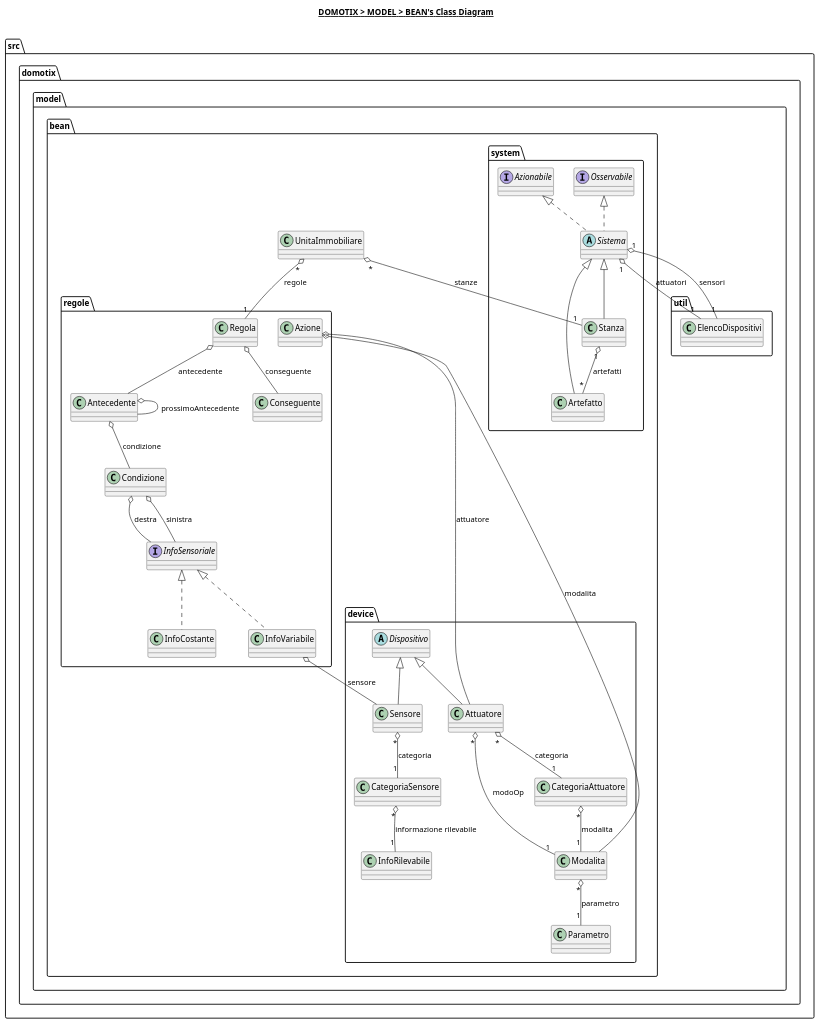
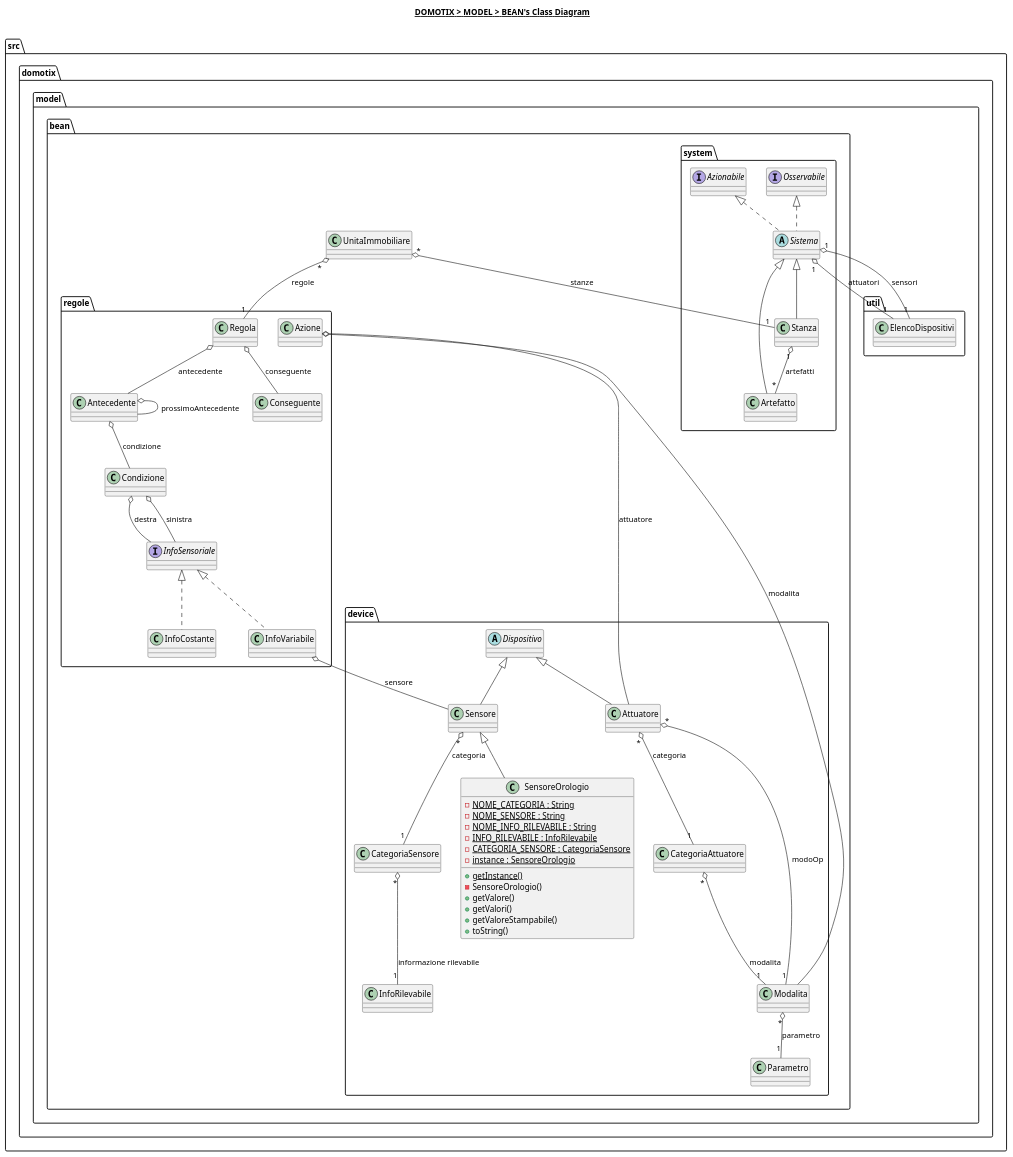
Before and after one commit to Edoar-do/Domotix: the diagram in src/domotix/model/bean/bean.plantuml, drawn with PlantUML. The commit also changed 1 other file, not shown here.

Commit message:
Aggiunge SensoreOrologio

```diff
--- a/src/domotix/model/bean/bean.plantuml
+++ b/src/domotix/model/bean/bean.plantuml
@@ -1,115 +1,131 @@
 @startuml
 
 title __DOMOTIX > MODEL > BEAN's Class Diagram__\n
 
 namespace src.domotix.model {
     namespace util {
     }
 
     namespace bean {
         class src.domotix.model.bean.UnitaImmobiliare {
         }
 
         namespace device {
             class src.domotix.model.bean.device.Attuatore {
             }
 
             class src.domotix.model.bean.device.CategoriaAttuatore {
             }
 
             class src.domotix.model.bean.device.CategoriaSensore {
             }
 
             abstract class src.domotix.model.bean.device.Dispositivo {
             }
 
             class src.domotix.model.bean.device.Modalita {
             }
 
             class src.domotix.model.bean.device.Parametro {
             }
 
             class src.domotix.model.bean.device.Sensore {
             }
 
             class src.domotix.model.bean.device.InfoRilevabile {
+            }
+
+            class src.domotix.model.bean.device.SensoreOrologio {
+                {static} - NOME_CATEGORIA : String
+                {static} - NOME_SENSORE : String
+                {static} - NOME_INFO_RILEVABILE : String
+                {static} - INFO_RILEVABILE : InfoRilevabile
+                {static} - CATEGORIA_SENSORE : CategoriaSensore
+                {static} - instance : SensoreOrologio
+                {static} + getInstance()
+                - SensoreOrologio()
+                + getValore()
+                + getValori()
+                + getValoreStampabile()
+                + toString()
             }
         }
 
         namespace system {
             class src.domotix.model.bean.system.Artefatto {
               }
 
               interface src.domotix.model.bean.system.Azionabile {
               }
 
               interface src.domotix.model.bean.system.Osservabile {
               }
 
               abstract class src.domotix.model.bean.system.Sistema {
               }
 
               class src.domotix.model.bean.system.Stanza {
               }
         }
 
         namespace regole {
             class src.domotix.model.bean.regole.Regola {
             }
 
             class src.domotix.model.bean.regole.Antecedente {
             }
 
             class src.domotix.model.bean.regole.Condizione {
             }
 
             interface src.domotix.model.bean.regole.InfoSensoriale {
             }
 
             class src.domotix.model.bean.regole.InfoCostante {
             }
 
             class src.domotix.model.bean.regole.InfoVariabile {
             }
 
             class src.domotix.model.bean.regole.Conseguente {
             }
 
             class src.domotix.model.bean.regole.Azione {
             }
         }
     }
 }
 
 src.domotix.model.bean.device.Attuatore -up-|> src.domotix.model.bean.device.Dispositivo
 src.domotix.model.bean.device.Attuatore "*" o-- "1" src.domotix.model.bean.device.CategoriaAttuatore : categoria
 src.domotix.model.bean.device.Attuatore "*" o-- "1" src.domotix.model.bean.device.Modalita : modoOp
 src.domotix.model.bean.device.CategoriaAttuatore "*" o-- "1" src.domotix.model.bean.device.Modalita : modalita
 src.domotix.model.bean.device.Modalita "*" o-- "1" src.domotix.model.bean.device.Parametro : parametro
 src.domotix.model.bean.device.Sensore -up-|> src.domotix.model.bean.device.Dispositivo
 src.domotix.model.bean.device.Sensore "*" o-- "1" src.domotix.model.bean.device.CategoriaSensore : categoria
 src.domotix.model.bean.device.CategoriaSensore "*" o-- "1" src.domotix.model.bean.device.InfoRilevabile : informazione rilevabile
+src.domotix.model.bean.device.SensoreOrologio -up-|> src.domotix.model.bean.device.Sensore
 
 src.domotix.model.bean.system.Artefatto -up-|> src.domotix.model.bean.system.Sistema
 src.domotix.model.bean.system.Sistema .up.|> src.domotix.model.bean.system.Azionabile
 src.domotix.model.bean.system.Sistema .up.|> src.domotix.model.bean.system.Osservabile
 src.domotix.model.bean.system.Sistema "1" o-- "1" src.domotix.model.util.ElencoDispositivi : attuatori
 src.domotix.model.bean.system.Sistema "1" o-- "1" src.domotix.model.util.ElencoDispositivi : sensori
 src.domotix.model.bean.system.Stanza -up-|> src.domotix.model.bean.system.Sistema
 src.domotix.model.bean.system.Stanza "1" o-- "*" src.domotix.model.bean.system.Artefatto : artefatti
 src.domotix.model.bean.UnitaImmobiliare "*" o-- "1" src.domotix.model.bean.system.Stanza : stanze
 src.domotix.model.bean.UnitaImmobiliare "*" o-- "1" src.domotix.model.bean.regole.Regola : regole
 
 src.domotix.model.bean.regole.Antecedente o-- src.domotix.model.bean.regole.Condizione : condizione
 src.domotix.model.bean.regole.Antecedente o-- src.domotix.model.bean.regole.Antecedente : prossimoAntecedente
 src.domotix.model.bean.regole.Azione o-- src.domotix.model.bean.device.Attuatore : attuatore
 src.domotix.model.bean.regole.Azione o-- src.domotix.model.bean.device.Modalita : modalita
 src.domotix.model.bean.regole.Condizione o-- src.domotix.model.bean.regole.InfoSensoriale : destra
 src.domotix.model.bean.regole.Condizione o-- src.domotix.model.bean.regole.InfoSensoriale : sinistra
 src.domotix.model.bean.regole.InfoCostante .up.|> src.domotix.model.bean.regole.InfoSensoriale
 src.domotix.model.bean.regole.InfoVariabile .up.|> src.domotix.model.bean.regole.InfoSensoriale
 src.domotix.model.bean.regole.InfoVariabile o-- src.domotix.model.bean.device.Sensore : sensore
 src.domotix.model.bean.regole.Regola o-- src.domotix.model.bean.regole.Antecedente : antecedente
 src.domotix.model.bean.regole.Regola o-- src.domotix.model.bean.regole.Conseguente : conseguente
 
 @enduml
```
